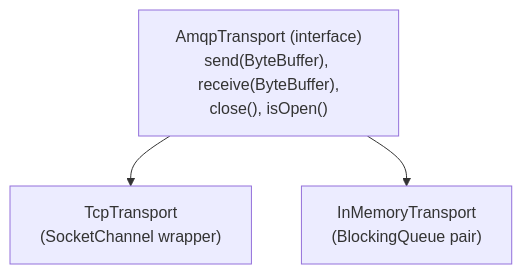
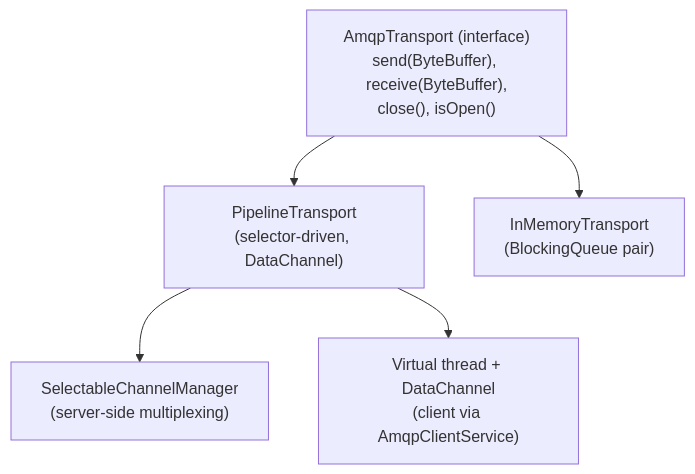
One commit to 000ssg/lego-flow changed the tenth of 10 diagrams in messaging/amqp/doc/ARCHITECTURE.md. Above: the diagram before and after it, drawn with Mermaid. The commit also changed other lines of this file and 2138 other files, not shown here.

````diff
--- a/messaging/amqp/doc/ARCHITECTURE.md
+++ b/messaging/amqp/doc/ARCHITECTURE.md
@@ -219,6 +212,8 @@
 ```mermaid
 graph TD
     AT["AmqpTransport (interface)<br/>send(ByteBuffer), receive(ByteBuffer),<br/>close(), isOpen()"]
-    AT --> TCP["TcpTransport<br/>(SocketChannel wrapper)"]
+    AT --> PT["PipelineTransport<br/>(selector-driven, DataChannel)"]
     AT --> IM["InMemoryTransport<br/>(BlockingQueue pair)"]
+    PT --> SM["SelectableChannelManager<br/>(server-side multiplexing)"]
+    PT --> VC["Virtual thread + DataChannel<br/>(client via AmqpClientService)"]
 ```
````
